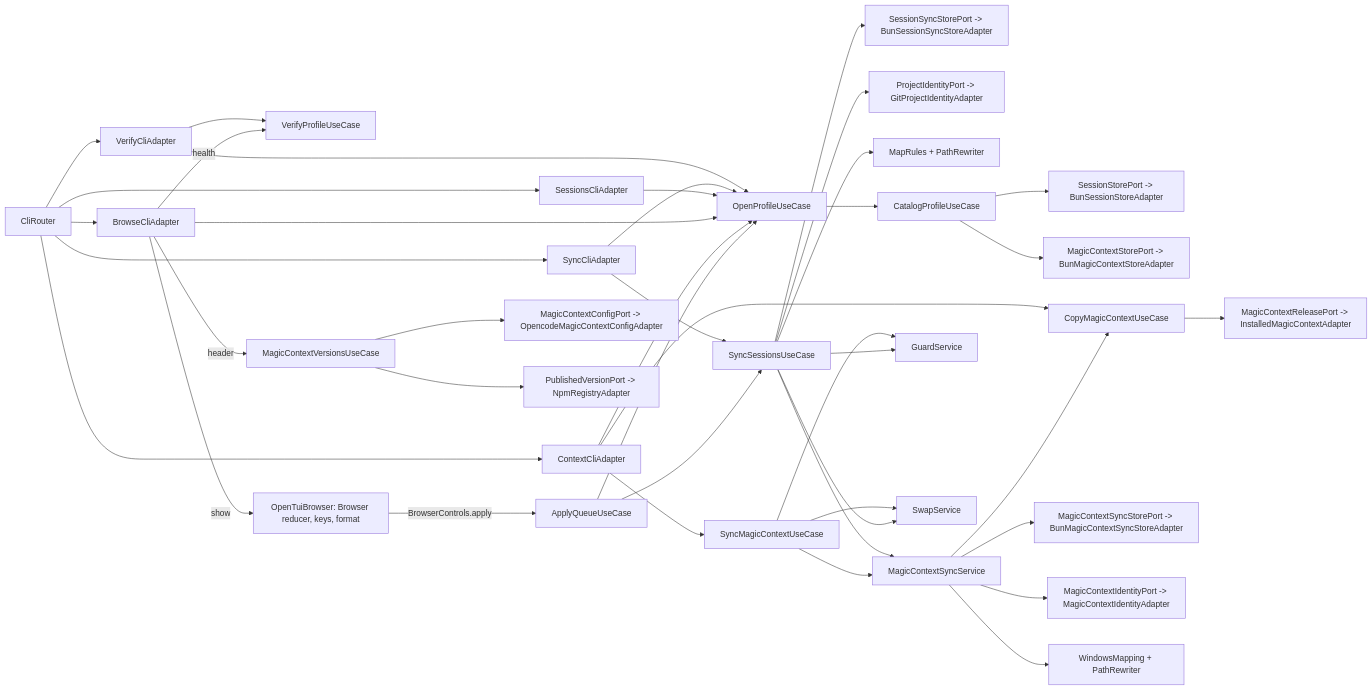
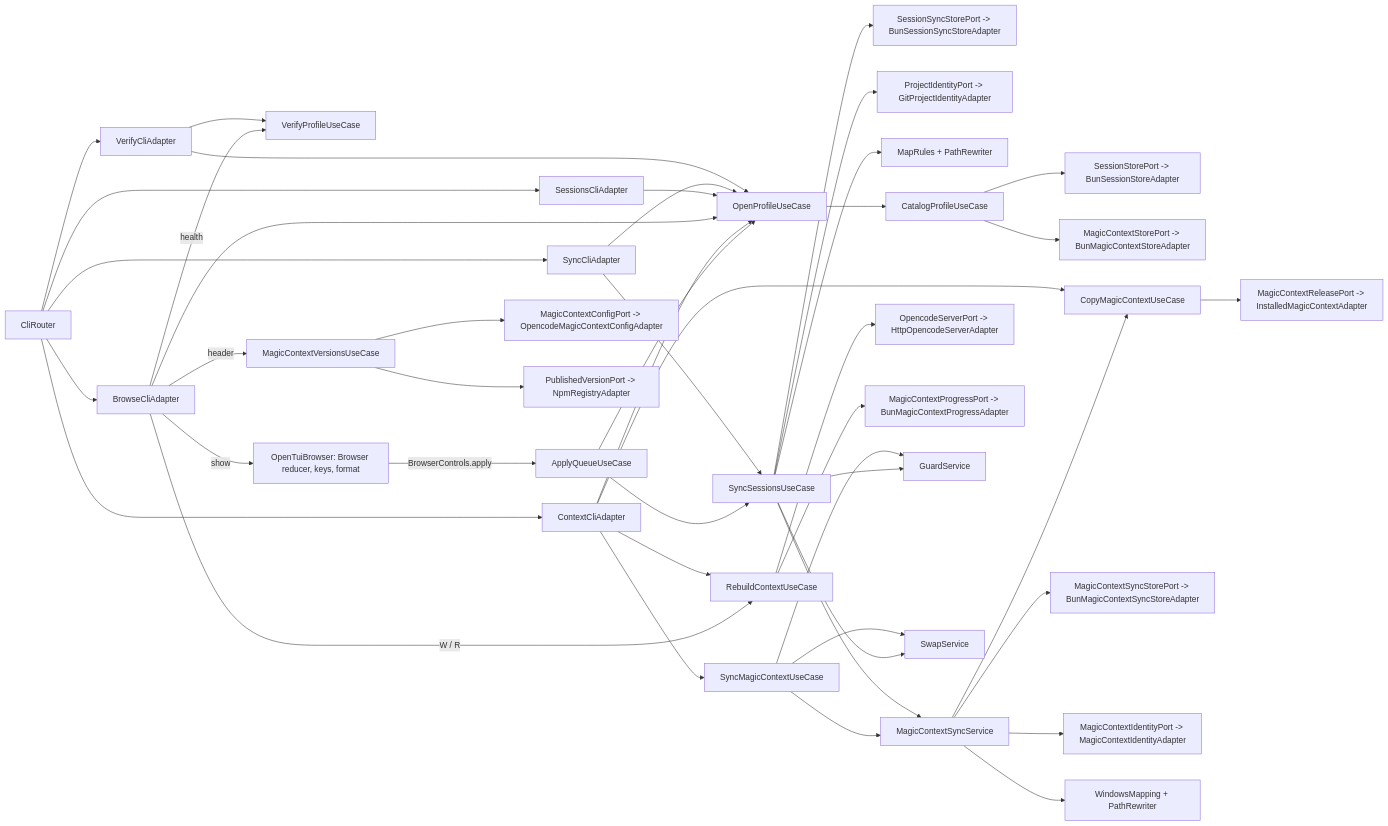
The third of 3 diagrams in README.md (mavasbel-devtools/opencode-session-manager), drawn with Mermaid before and after one commit. The commit also changed other lines of this file and 30 other files, not shown here.

````diff
--- a/README.md
+++ b/README.md
@@ -472,42 +519,46 @@
 ```mermaid
 flowchart LR
     ROUTER[CliRouter] --> SC[SessionsCliAdapter]
     ROUTER --> XC[ContextCliAdapter]
     ROUTER --> BC[BrowseCliAdapter]
     ROUTER --> YC[SyncCliAdapter]
     ROUTER --> VC[VerifyCliAdapter]
     VC --> OP
     VC --> VF
     YC --> OP
     YC --> SY[SyncSessionsUseCase]
     SY --> SST[SessionSyncStorePort -> BunSessionSyncStoreAdapter]
     SY --> PI[ProjectIdentityPort -> GitProjectIdentityAdapter]
     SY --> MR[MapRules + PathRewriter]
     SY --> MB
     BC -->|show| TUI[OpenTuiBrowser: Browser reducer, keys, format]
     TUI -->|BrowserControls.apply| AQ[ApplyQueueUseCase]
     AQ --> SY
     BC -->|health| VF[VerifyProfileUseCase]
     BC -->|header| MV[MagicContextVersionsUseCase]
     MV --> MCC[MagicContextConfigPort -> OpencodeMagicContextConfigAdapter]
     MV --> NPM[PublishedVersionPort -> NpmRegistryAdapter]
     SC --> OP[OpenProfileUseCase]
     BC --> OP
     XC --> OP
     OP --> CAT[CatalogProfileUseCase]
     CAT --> SS[SessionStorePort -> BunSessionStoreAdapter]
     CAT --> MCS[MagicContextStorePort -> BunMagicContextStoreAdapter]
+    XC --> RB[RebuildContextUseCase]
+    BC -->|W / R| RB
+    RB --> SRV[OpencodeServerPort -> HttpOpencodeServerAdapter]
+    RB --> PRG[MagicContextProgressPort -> BunMagicContextProgressAdapter]
     XC --> CM[CopyMagicContextUseCase]
     XC --> SM[SyncMagicContextUseCase]
     AQ --> OP
     SM --> MB[MagicContextSyncService]
     MB --> CM
     CM --> REL[MagicContextReleasePort -> InstalledMagicContextAdapter]
     MB --> SYS[MagicContextSyncStorePort -> BunMagicContextSyncStoreAdapter]
     MB --> MID[MagicContextIdentityPort -> MagicContextIdentityAdapter]
     MB --> WM[WindowsMapping + PathRewriter]
     SM --> GD[GuardService]
     SM --> SW[SwapService]
     SY --> GD
     SY --> SW
 ```
````
